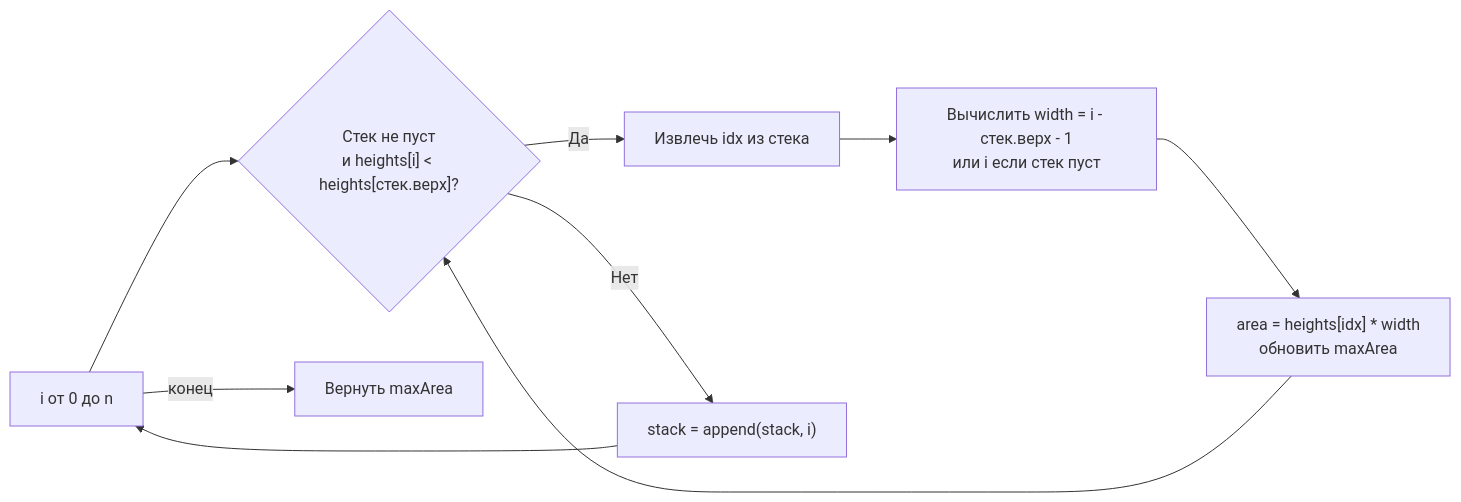
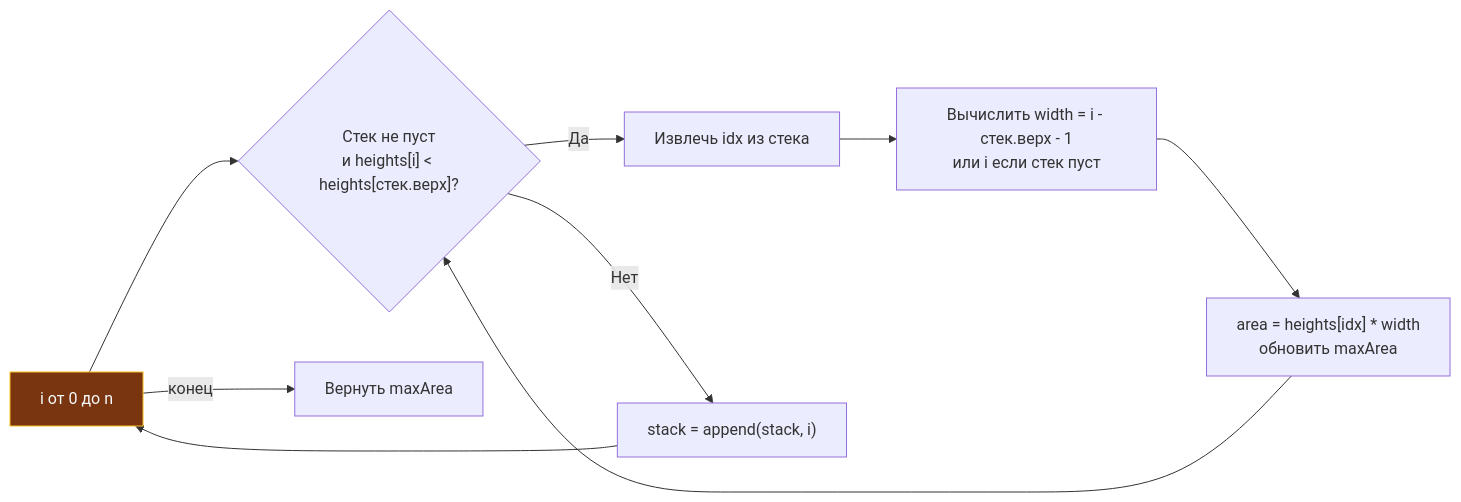
The diagram in sources/21. Задачи с LeetCode и собеседований на Go/02. Задачи/29. Сложные задачи/5. Largest Rectangle in Histogram.md (UnrealTemplier/go-textbook), drawn with Mermaid before and after one commit. The commit also changed 1666 other files, not shown here.

First line of the commit message:
feat(mermaid): add semantic color classDef to 1369 colorless flowchart/graph diagrams

````diff
--- a/sources/21. Задачи с LeetCode и собеседований на Go/02. Задачи/29. Сложные задачи/5. Largest Rectangle in Histogram.md
+++ b/sources/21. Задачи с LeetCode и собеседований на Go/02. Задачи/29. Сложные задачи/5. Largest Rectangle in Histogram.md
@@ -108,11 +108,21 @@
 ```mermaid
 flowchart LR
-    A["i от 0 до n"] --> B{"Стек не пуст<br>и heights[i] < heights[стек.верх]?"}
+    classDef process  fill:#1e293b,stroke:#38bdf8,stroke-width:1px,color:#f8fafc
+    classDef success  fill:#064e3b,stroke:#34d399,stroke-width:1px,color:#f8fafc
+    classDef error    fill:#7f1d1d,stroke:#f87171,stroke-width:1px,color:#f8fafc
+    classDef warning  fill:#78350f,stroke:#fbbf24,stroke-width:1px,color:#f8fafc
+    classDef entry    fill:#1e3a5f,stroke:#38bdf8,stroke-width:2px,color:#f8fafc
+    classDef aux      fill:#334155,stroke:#64748b,stroke-width:1px,color:#f8fafc
+    classDef system   fill:#312e81,stroke:#a78bfa,stroke-width:1px,color:#f8fafc
+    classDef data     fill:#132d29,stroke:#2dd4bf,stroke-width:1px,color:#f8fafc
+    classDef network  fill:#881337,stroke:#fb7185,stroke-width:1px,color:#f8fafc
+    classDef accent   fill:#1e1b4b,stroke:#818cf8,stroke-width:1px,color:#f8fafc
+    A["i от 0 до n"]:::warning --> B{"Стек не пуст<br>и heights[i] < heights[стек.верх]?"}
     B -->|"Да"| C["Извлечь idx из стека"]
     C --> D["Вычислить width = i - стек.верх - 1<br>или i если стек пуст"]
     D --> E["area = heights[idx] * width<br>обновить maxArea"]
     E --> B
     B -->|"Нет"| F["stack = append(stack, i)"]
     F --> A
     A -->|"конец"| G["Вернуть maxArea"]
 ```
````
